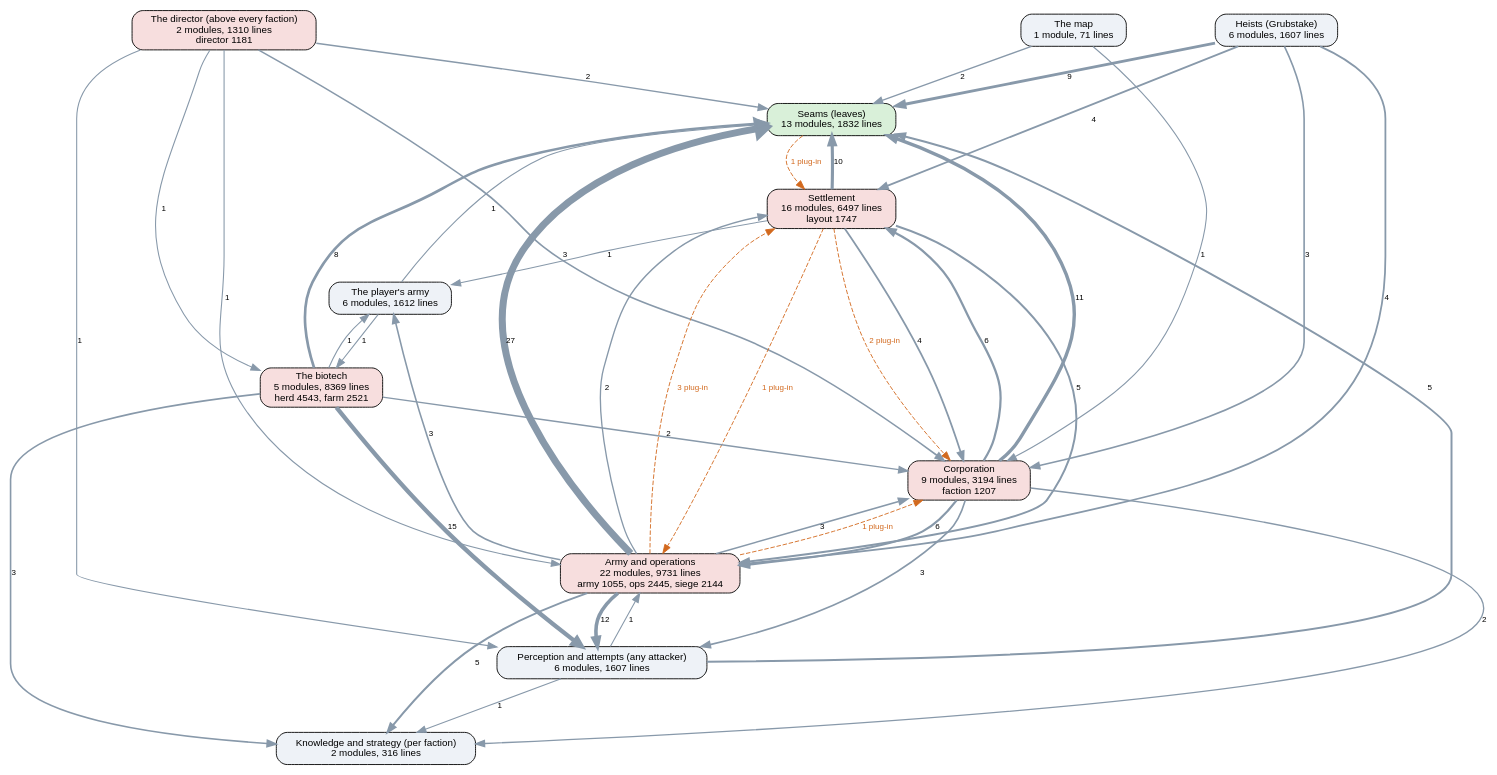
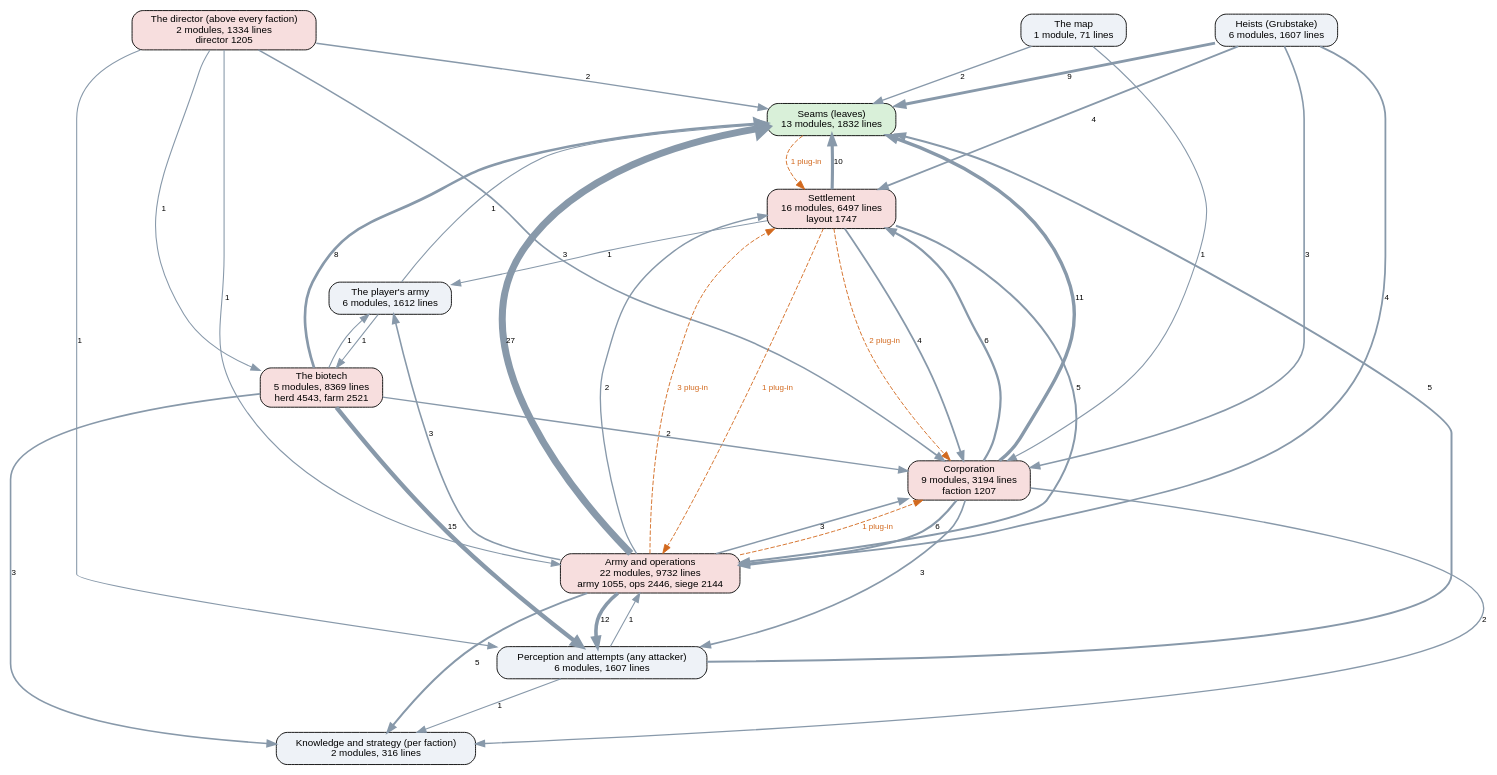
One commit to kinelhu/landing-party changed the diagram in docs/ai-layers.dot. Above: the diagram before and after it, drawn with Graphviz. The commit also changed 11 other files, not shown here.

```diff
--- a/docs/ai-layers.dot
+++ b/docs/ai-layers.dot
@@ -1,57 +1,57 @@
 digraph layers {
   graph [rankdir=TB, fontname="Helvetica", nodesep=0.5, ranksep=0.7];
   node [shape=box, style="rounded,filled", fontname="Helvetica", fontsize=11, fillcolor="#eef2f7"];
   edge [color="#8899aa", fontname="Helvetica", fontsize=9];
   "Seams (leaves)" [label="Seams (leaves)\n13 modules, 1832 lines", fillcolor="#d9f0d9"];
   "Perception and attempts (any attacker)" [label="Perception and attempts (any attacker)\n6 modules, 1607 lines", fillcolor="#eef2f7"];
   "Knowledge and strategy (per faction)" [label="Knowledge and strategy (per faction)\n2 modules, 316 lines", fillcolor="#eef2f7"];
-  "The director (above every faction)" [label="The director (above every faction)\n2 modules, 1310 lines\ndirector 1181", fillcolor="#f7dede"];
+  "The director (above every faction)" [label="The director (above every faction)\n2 modules, 1334 lines\ndirector 1205", fillcolor="#f7dede"];
   "Corporation" [label="Corporation\n9 modules, 3194 lines\nfaction 1207", fillcolor="#f7dede"];
   "Settlement" [label="Settlement\n16 modules, 6497 lines\nlayout 1747", fillcolor="#f7dede"];
-  "Army and operations" [label="Army and operations\n22 modules, 9731 lines\narmy 1055, ops 2445, siege 2144", fillcolor="#f7dede"];
+  "Army and operations" [label="Army and operations\n22 modules, 9732 lines\narmy 1055, ops 2446, siege 2144", fillcolor="#f7dede"];
   "Heists (Grubstake)" [label="Heists (Grubstake)\n6 modules, 1607 lines", fillcolor="#eef2f7"];
   "The biotech" [label="The biotech\n5 modules, 8369 lines\nherd 4543, farm 2521", fillcolor="#f7dede"];
   "The map" [label="The map\n1 module, 71 lines", fillcolor="#eef2f7"];
   "The player's army" [label="The player's army\n6 modules, 1612 lines", fillcolor="#eef2f7"];
   "Army and operations" -> "Corporation" [label="3", penwidth=1.8];
   "Army and operations" -> "Knowledge and strategy (per faction)" [label="5", penwidth=2.2];
   "Army and operations" -> "Perception and attempts (any attacker)" [label="12", penwidth=4.0];
   "Army and operations" -> "Seams (leaves)" [label="27", penwidth=7.8];
   "Army and operations" -> "Settlement" [label="2", penwidth=1.5];
   "Army and operations" -> "The player's army" [label="3", penwidth=1.8];
   "Corporation" -> "Army and operations" [label="6", penwidth=2.5];
   "Corporation" -> "Knowledge and strategy (per faction)" [label="2", penwidth=1.5];
   "Corporation" -> "Perception and attempts (any attacker)" [label="3", penwidth=1.8];
   "Corporation" -> "Seams (leaves)" [label="11", penwidth=3.8];
   "Corporation" -> "Settlement" [label="6", penwidth=2.5];
   "Heists (Grubstake)" -> "Army and operations" [label="4", penwidth=2.0];
   "Heists (Grubstake)" -> "Corporation" [label="3", penwidth=1.8];
   "Heists (Grubstake)" -> "Seams (leaves)" [label="9", penwidth=3.2];
   "Heists (Grubstake)" -> "Settlement" [label="4", penwidth=2.0];
   "Perception and attempts (any attacker)" -> "Army and operations" [label="1", penwidth=1.2];
   "Perception and attempts (any attacker)" -> "Knowledge and strategy (per faction)" [label="1", penwidth=1.2];
   "Perception and attempts (any attacker)" -> "Seams (leaves)" [label="5", penwidth=2.2];
   "Settlement" -> "Army and operations" [label="5", penwidth=2.2];
   "Settlement" -> "Corporation" [label="4", penwidth=2.0];
   "Settlement" -> "Seams (leaves)" [label="10", penwidth=3.5];
   "Settlement" -> "The player's army" [label="1", penwidth=1.2];
   "The biotech" -> "Corporation" [label="2", penwidth=1.5];
   "The biotech" -> "Knowledge and strategy (per faction)" [label="3", penwidth=1.8];
   "The biotech" -> "Perception and attempts (any attacker)" [label="15", penwidth=4.8];
   "The biotech" -> "Seams (leaves)" [label="8", penwidth=3.0];
   "The biotech" -> "The player's army" [label="1", penwidth=1.2];
   "The director (above every faction)" -> "Army and operations" [label="1", penwidth=1.2];
   "The director (above every faction)" -> "Corporation" [label="3", penwidth=1.8];
   "The director (above every faction)" -> "Perception and attempts (any attacker)" [label="1", penwidth=1.2];
   "The director (above every faction)" -> "Seams (leaves)" [label="2", penwidth=1.5];
   "The director (above every faction)" -> "The biotech" [label="1", penwidth=1.2];
   "The map" -> "Corporation" [label="1", penwidth=1.2];
   "The map" -> "Seams (leaves)" [label="2", penwidth=1.5];
   "The player's army" -> "Seams (leaves)" [label="1", penwidth=1.2];
   "The player's army" -> "The biotech" [label="1", penwidth=1.2];
   "Army and operations" -> "Corporation" [style=dashed, color="#d2691e", fontcolor="#d2691e", label="1 plug-in"];
   "Army and operations" -> "Settlement" [style=dashed, color="#d2691e", fontcolor="#d2691e", label="3 plug-in"];
   "Seams (leaves)" -> "Settlement" [style=dashed, color="#d2691e", fontcolor="#d2691e", label="1 plug-in"];
   "Settlement" -> "Army and operations" [style=dashed, color="#d2691e", fontcolor="#d2691e", label="1 plug-in"];
   "Settlement" -> "Corporation" [style=dashed, color="#d2691e", fontcolor="#d2691e", label="2 plug-in"];
 }
```
